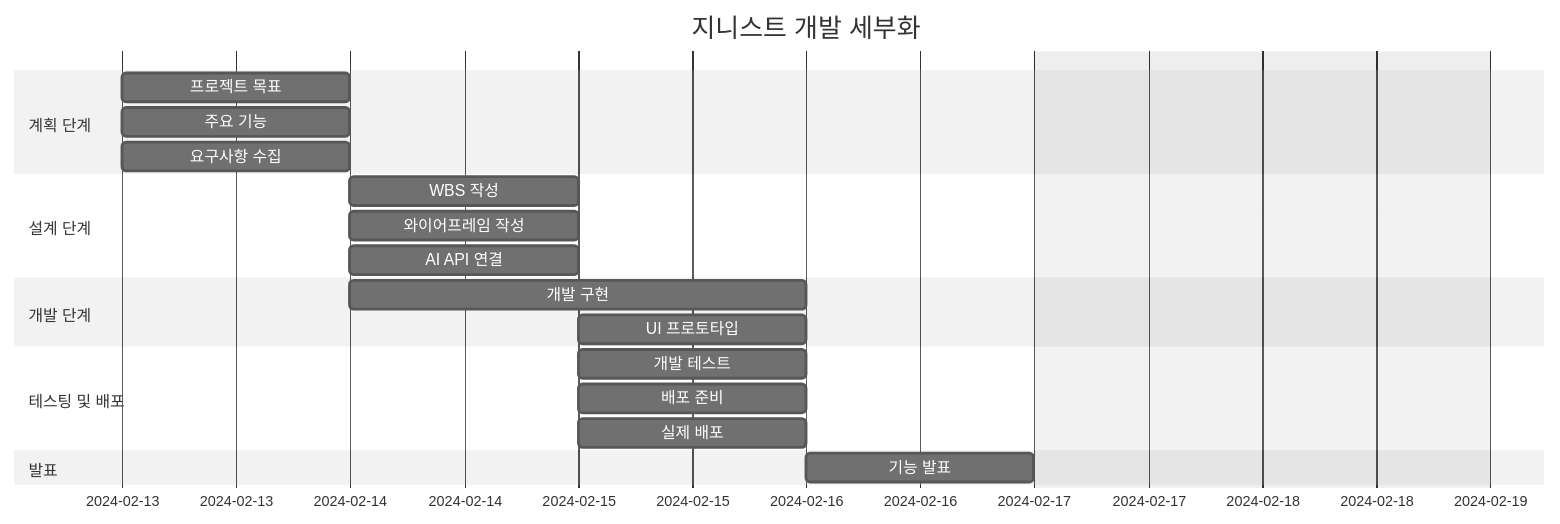
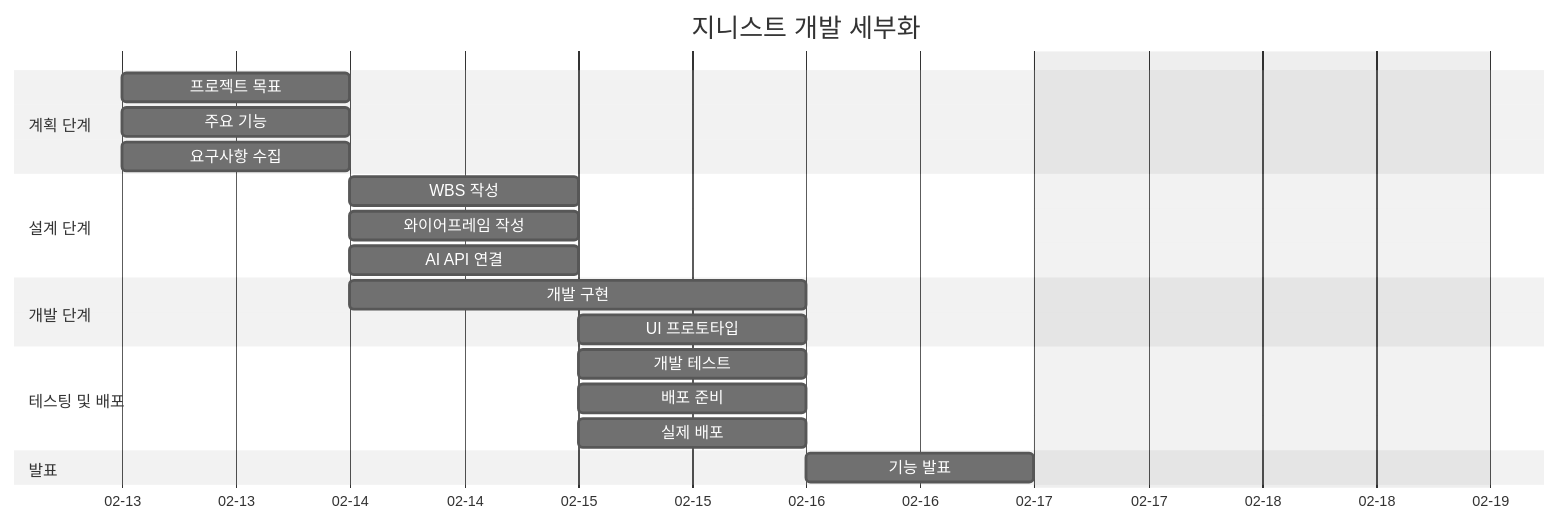
Before and after one commit to soohyun020812/Portfolio_Genist: the diagram in README.md, drawn with Mermaid (neutral theme).

````diff
--- a/README.md
+++ b/README.md
@@ -18,28 +18,29 @@
 ```mermaid
 gantt
     title 지니스트 개발 세부화
     dateFormat    YYYY-MM-DD
     excludes    weekends
+    axisFormat    %m-%d
 
     section 계획 단계
     프로젝트 목표 : 2024-02-13, 1d
     주요 기능 : 2024-02-13, 1d
     요구사항 수집 : 2024-02-13, 1d
     
     section 설계 단계
     WBS 작성 : 2024-02-14, 1d
     와이어프레임 작성 : 2024-02-14, 1d
     AI API 연결 : 2024-02-14, 1d
 
     section 개발 단계
     개발 구현 : 2024-02-14, 2d
     UI 프로토타입 : 2024-02-15, 1d
     
     section 테스팅 및 배포
     개발 테스트 : 2024-02-15, 1d
     배포 준비 : 2024-02-15, 1d
     실제 배포 : 2024-02-15, 1d
 
     section 발표
     기능 발표 : 2024-02-16, 1d
 ```
````
